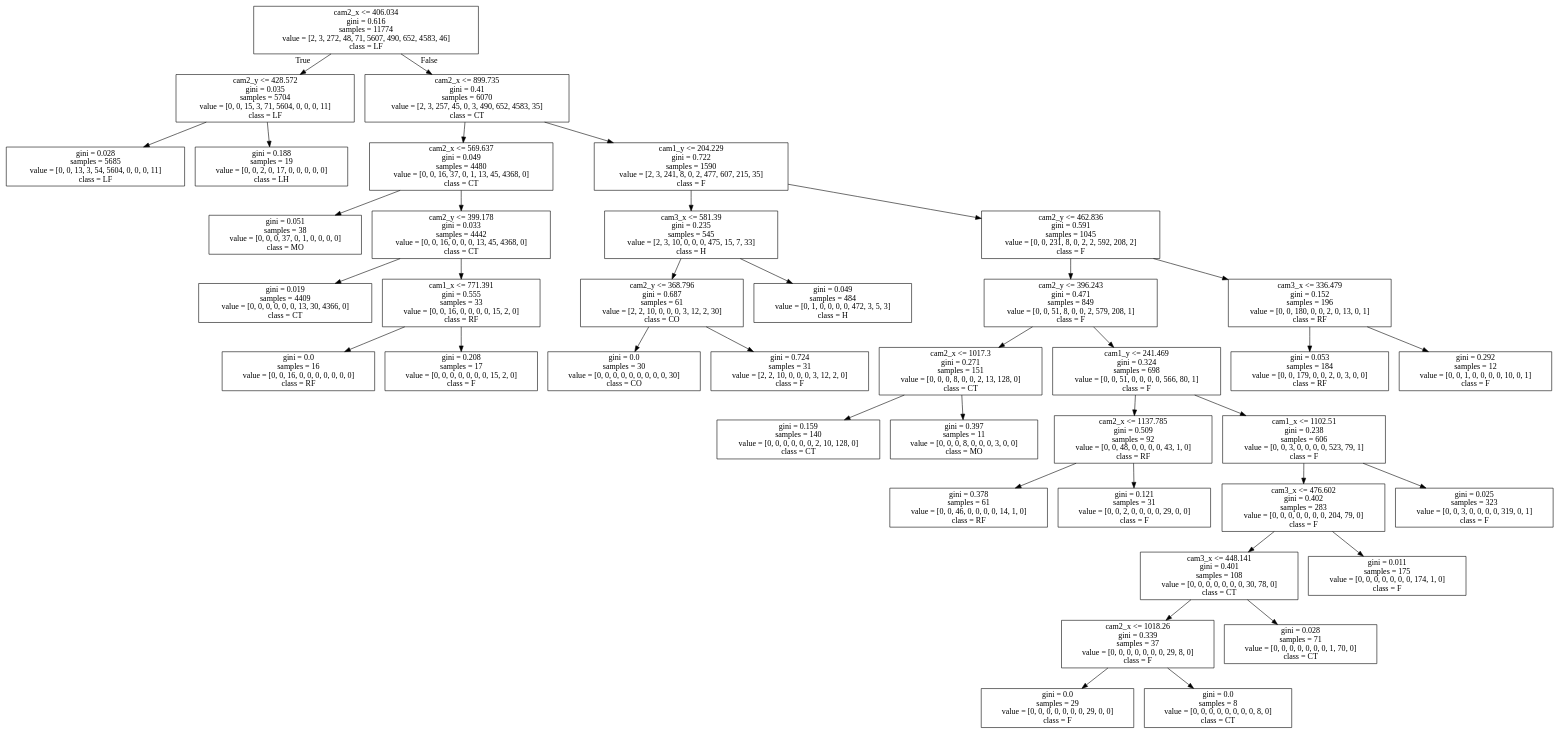
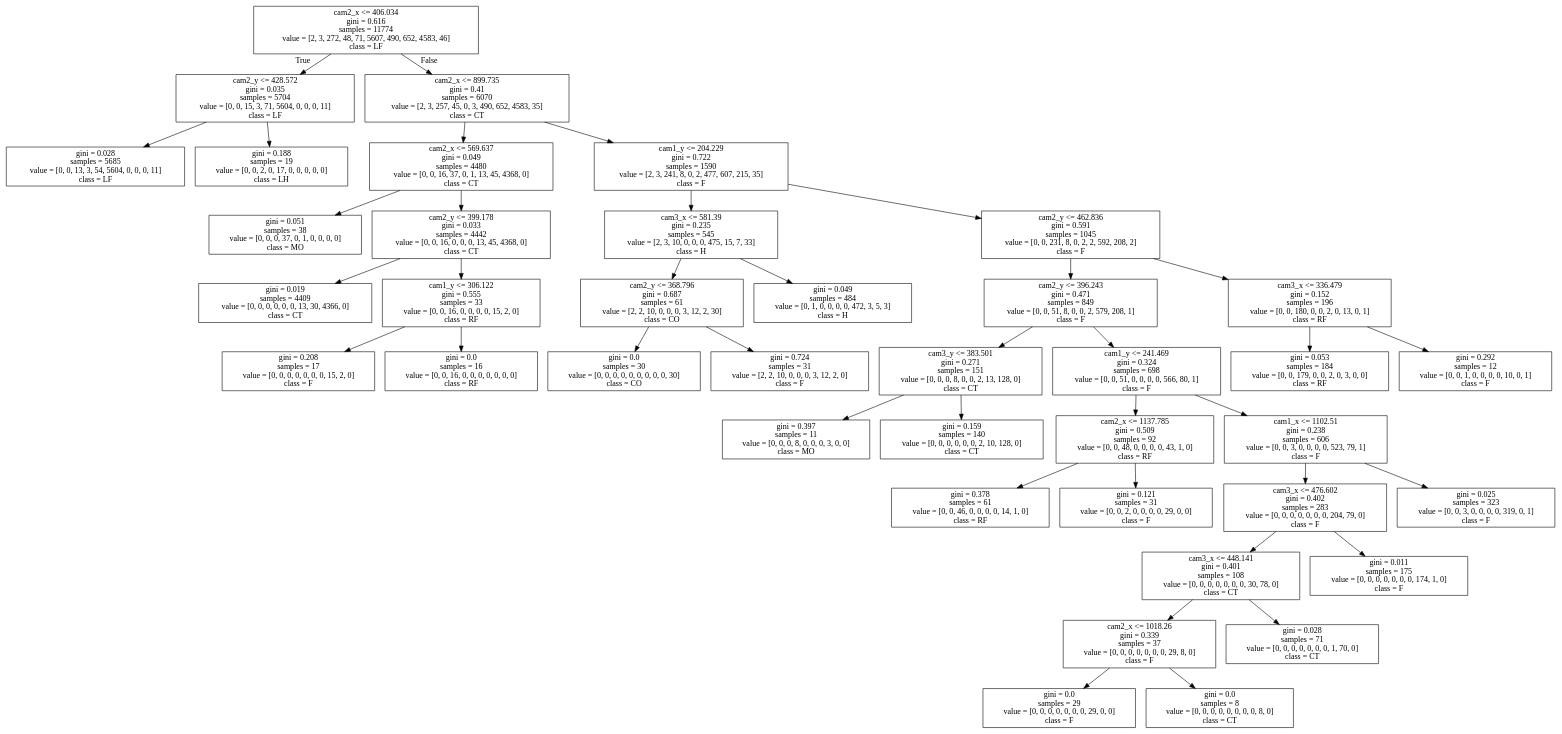
One commit to phev8/ig-data-analysis-playground changed the diagram in Scikit-Classifier/mytree.gv. Above: the diagram before and after it, drawn with Graphviz. The commit also changed 7 other files, not shown here.

```diff
--- a/Scikit-Classifier/mytree.gv
+++ b/Scikit-Classifier/mytree.gv
@@ -1,80 +1,80 @@
 digraph Tree {
 node [shape=box] ;
 0 [label="cam2_x <= 406.034\ngini = 0.616\nsamples = 11774\nvalue = [2, 3, 272, 48, 71, 5607, 490, 652, 4583, 46]\nclass = LF"] ;
 1 [label="cam2_y <= 428.572\ngini = 0.035\nsamples = 5704\nvalue = [0, 0, 15, 3, 71, 5604, 0, 0, 0, 11]\nclass = LF"] ;
 0 -> 1 [labeldistance=2.5, labelangle=45, headlabel="True"] ;
 19 [label="gini = 0.028\nsamples = 5685\nvalue = [0, 0, 13, 3, 54, 5604, 0, 0, 0, 11]\nclass = LF"] ;
 1 -> 19 ;
 20 [label="gini = 0.188\nsamples = 19\nvalue = [0, 0, 2, 0, 17, 0, 0, 0, 0, 0]\nclass = LH"] ;
 1 -> 20 ;
 2 [label="cam2_x <= 899.735\ngini = 0.41\nsamples = 6070\nvalue = [2, 3, 257, 45, 0, 3, 490, 652, 4583, 35]\nclass = CT"] ;
 0 -> 2 [labeldistance=2.5, labelangle=-45, headlabel="False"] ;
 3 [label="cam2_x <= 569.637\ngini = 0.049\nsamples = 4480\nvalue = [0, 0, 16, 37, 0, 1, 13, 45, 4368, 0]\nclass = CT"] ;
 2 -> 3 ;
 11 [label="gini = 0.051\nsamples = 38\nvalue = [0, 0, 0, 37, 0, 1, 0, 0, 0, 0]\nclass = MO"] ;
 3 -> 11 ;
 12 [label="cam2_y <= 399.178\ngini = 0.033\nsamples = 4442\nvalue = [0, 0, 16, 0, 0, 0, 13, 45, 4368, 0]\nclass = CT"] ;
 3 -> 12 ;
 15 [label="gini = 0.019\nsamples = 4409\nvalue = [0, 0, 0, 0, 0, 0, 13, 30, 4366, 0]\nclass = CT"] ;
 12 -> 15 ;
-16 [label="cam1_x <= 771.391\ngini = 0.555\nsamples = 33\nvalue = [0, 0, 16, 0, 0, 0, 0, 15, 2, 0]\nclass = RF"] ;
+16 [label="cam1_y <= 306.122\ngini = 0.555\nsamples = 33\nvalue = [0, 0, 16, 0, 0, 0, 0, 15, 2, 0]\nclass = RF"] ;
 12 -> 16 ;
-33 [label="gini = 0.0\nsamples = 16\nvalue = [0, 0, 16, 0, 0, 0, 0, 0, 0, 0]\nclass = RF"] ;
+33 [label="gini = 0.208\nsamples = 17\nvalue = [0, 0, 0, 0, 0, 0, 0, 15, 2, 0]\nclass = F"] ;
 16 -> 33 ;
-34 [label="gini = 0.208\nsamples = 17\nvalue = [0, 0, 0, 0, 0, 0, 0, 15, 2, 0]\nclass = F"] ;
+34 [label="gini = 0.0\nsamples = 16\nvalue = [0, 0, 16, 0, 0, 0, 0, 0, 0, 0]\nclass = RF"] ;
 16 -> 34 ;
 4 [label="cam1_y <= 204.229\ngini = 0.722\nsamples = 1590\nvalue = [2, 3, 241, 8, 0, 2, 477, 607, 215, 35]\nclass = F"] ;
 2 -> 4 ;
 5 [label="cam3_x <= 581.39\ngini = 0.235\nsamples = 545\nvalue = [2, 3, 10, 0, 0, 0, 475, 15, 7, 33]\nclass = H"] ;
 4 -> 5 ;
 13 [label="cam2_y <= 368.796\ngini = 0.687\nsamples = 61\nvalue = [2, 2, 10, 0, 0, 0, 3, 12, 2, 30]\nclass = CO"] ;
 5 -> 13 ;
 29 [label="gini = 0.0\nsamples = 30\nvalue = [0, 0, 0, 0, 0, 0, 0, 0, 0, 30]\nclass = CO"] ;
 13 -> 29 ;
 30 [label="gini = 0.724\nsamples = 31\nvalue = [2, 2, 10, 0, 0, 0, 3, 12, 2, 0]\nclass = F"] ;
 13 -> 30 ;
 14 [label="gini = 0.049\nsamples = 484\nvalue = [0, 1, 0, 0, 0, 0, 472, 3, 5, 3]\nclass = H"] ;
 5 -> 14 ;
 6 [label="cam2_y <= 462.836\ngini = 0.591\nsamples = 1045\nvalue = [0, 0, 231, 8, 0, 2, 2, 592, 208, 2]\nclass = F"] ;
 4 -> 6 ;
 7 [label="cam2_y <= 396.243\ngini = 0.471\nsamples = 849\nvalue = [0, 0, 51, 8, 0, 0, 2, 579, 208, 1]\nclass = F"] ;
 6 -> 7 ;
-9 [label="cam2_x <= 1017.3\ngini = 0.271\nsamples = 151\nvalue = [0, 0, 0, 8, 0, 0, 2, 13, 128, 0]\nclass = CT"] ;
+9 [label="cam3_y <= 383.501\ngini = 0.271\nsamples = 151\nvalue = [0, 0, 0, 8, 0, 0, 2, 13, 128, 0]\nclass = CT"] ;
 7 -> 9 ;
-35 [label="gini = 0.159\nsamples = 140\nvalue = [0, 0, 0, 0, 0, 0, 2, 10, 128, 0]\nclass = CT"] ;
+35 [label="gini = 0.397\nsamples = 11\nvalue = [0, 0, 0, 8, 0, 0, 0, 3, 0, 0]\nclass = MO"] ;
 9 -> 35 ;
-36 [label="gini = 0.397\nsamples = 11\nvalue = [0, 0, 0, 8, 0, 0, 0, 3, 0, 0]\nclass = MO"] ;
+36 [label="gini = 0.159\nsamples = 140\nvalue = [0, 0, 0, 0, 0, 0, 2, 10, 128, 0]\nclass = CT"] ;
 9 -> 36 ;
 10 [label="cam1_y <= 241.469\ngini = 0.324\nsamples = 698\nvalue = [0, 0, 51, 0, 0, 0, 0, 566, 80, 1]\nclass = F"] ;
 7 -> 10 ;
 17 [label="cam2_x <= 1137.785\ngini = 0.509\nsamples = 92\nvalue = [0, 0, 48, 0, 0, 0, 0, 43, 1, 0]\nclass = RF"] ;
 10 -> 17 ;
 27 [label="gini = 0.378\nsamples = 61\nvalue = [0, 0, 46, 0, 0, 0, 0, 14, 1, 0]\nclass = RF"] ;
 17 -> 27 ;
 28 [label="gini = 0.121\nsamples = 31\nvalue = [0, 0, 2, 0, 0, 0, 0, 29, 0, 0]\nclass = F"] ;
 17 -> 28 ;
 18 [label="cam1_x <= 1102.51\ngini = 0.238\nsamples = 606\nvalue = [0, 0, 3, 0, 0, 0, 0, 523, 79, 1]\nclass = F"] ;
 10 -> 18 ;
 21 [label="cam3_x <= 476.602\ngini = 0.402\nsamples = 283\nvalue = [0, 0, 0, 0, 0, 0, 0, 204, 79, 0]\nclass = F"] ;
 18 -> 21 ;
 23 [label="cam3_x <= 448.141\ngini = 0.401\nsamples = 108\nvalue = [0, 0, 0, 0, 0, 0, 0, 30, 78, 0]\nclass = CT"] ;
 21 -> 23 ;
 25 [label="cam2_x <= 1018.26\ngini = 0.339\nsamples = 37\nvalue = [0, 0, 0, 0, 0, 0, 0, 29, 8, 0]\nclass = F"] ;
 23 -> 25 ;
 37 [label="gini = 0.0\nsamples = 29\nvalue = [0, 0, 0, 0, 0, 0, 0, 29, 0, 0]\nclass = F"] ;
 25 -> 37 ;
 38 [label="gini = 0.0\nsamples = 8\nvalue = [0, 0, 0, 0, 0, 0, 0, 0, 8, 0]\nclass = CT"] ;
 25 -> 38 ;
 26 [label="gini = 0.028\nsamples = 71\nvalue = [0, 0, 0, 0, 0, 0, 0, 1, 70, 0]\nclass = CT"] ;
 23 -> 26 ;
 24 [label="gini = 0.011\nsamples = 175\nvalue = [0, 0, 0, 0, 0, 0, 0, 174, 1, 0]\nclass = F"] ;
 21 -> 24 ;
 22 [label="gini = 0.025\nsamples = 323\nvalue = [0, 0, 3, 0, 0, 0, 0, 319, 0, 1]\nclass = F"] ;
 18 -> 22 ;
 8 [label="cam3_x <= 336.479\ngini = 0.152\nsamples = 196\nvalue = [0, 0, 180, 0, 0, 2, 0, 13, 0, 1]\nclass = RF"] ;
 6 -> 8 ;
 31 [label="gini = 0.053\nsamples = 184\nvalue = [0, 0, 179, 0, 0, 2, 0, 3, 0, 0]\nclass = RF"] ;
 8 -> 31 ;
 32 [label="gini = 0.292\nsamples = 12\nvalue = [0, 0, 1, 0, 0, 0, 0, 10, 0, 1]\nclass = F"] ;
 8 -> 32 ;
 }
```
